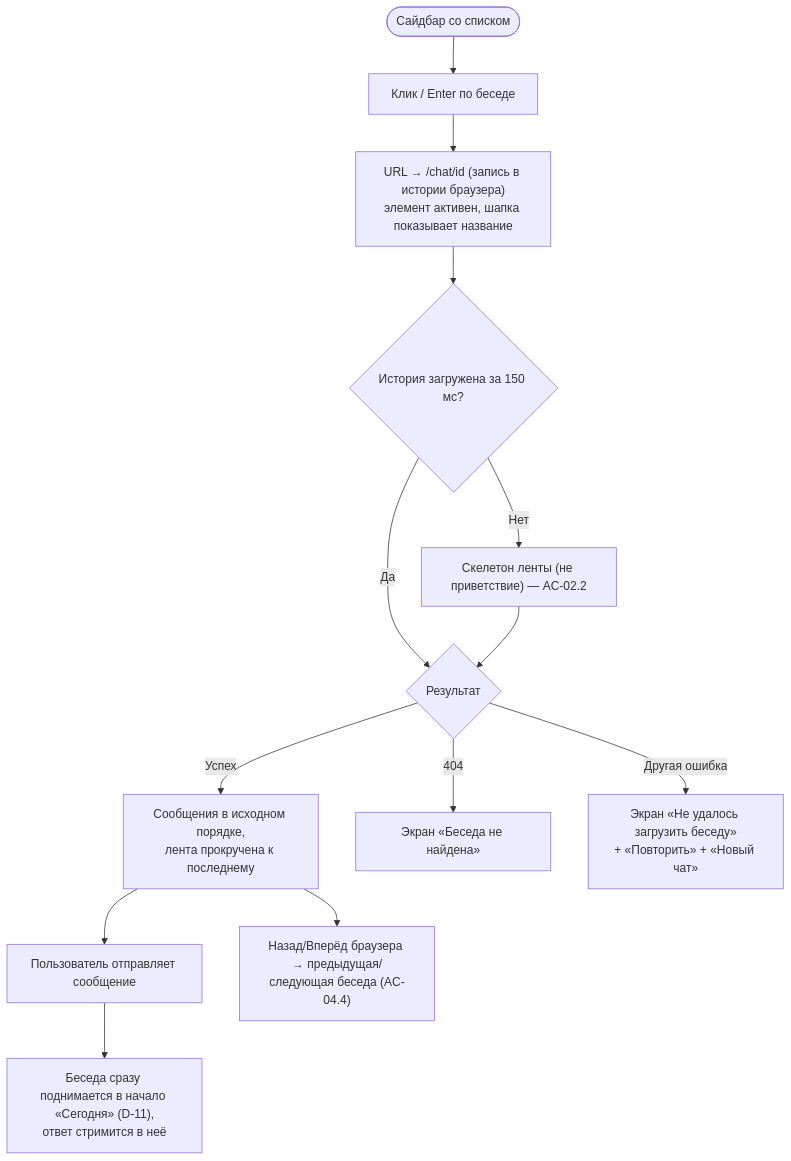
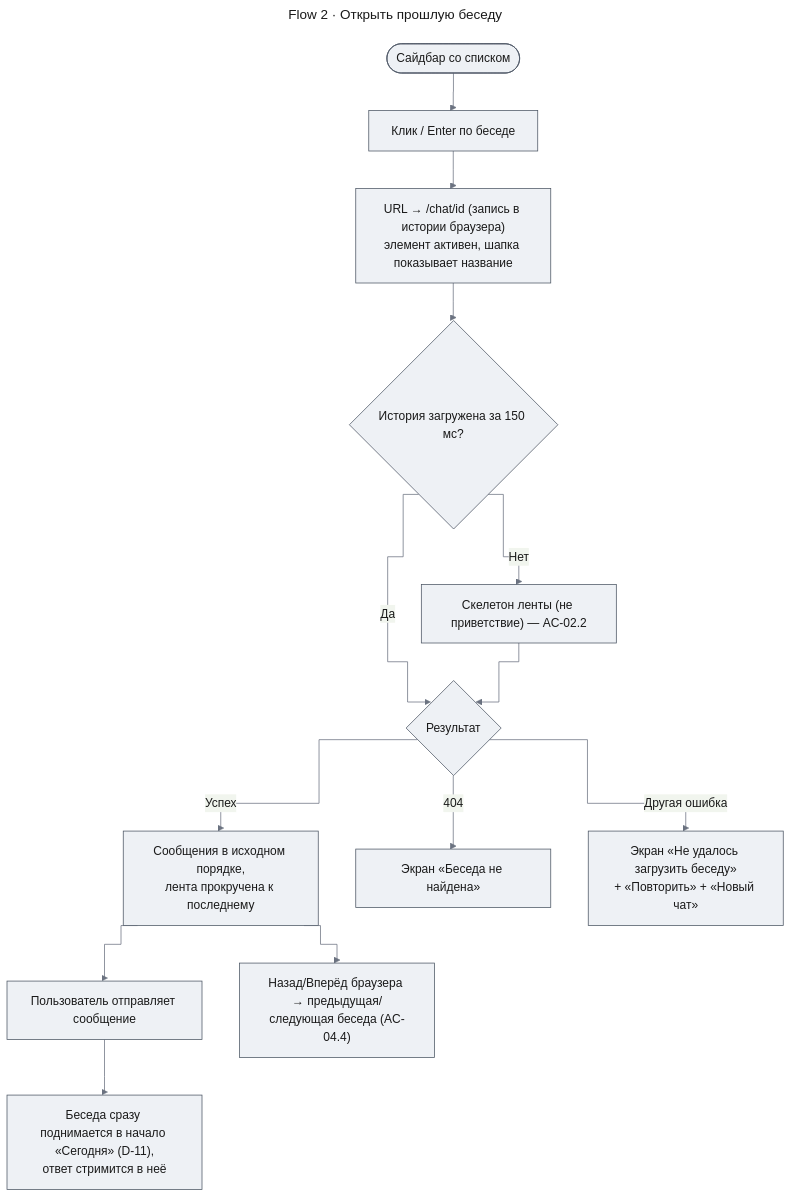
One commit to tundraray/agent-os changed the seventh of 14 diagrams in docs/features/chat-shell/uxrd.md. Above: the diagram before and after it, drawn with Mermaid. The commit also changed other lines of this file and 10 other files, not shown here.

````diff
--- a/docs/features/chat-shell/uxrd.md
+++ b/docs/features/chat-shell/uxrd.md
@@ -200,15 +639,28 @@
 ```mermaid
+---
+title: "Flow 2 · Открыть прошлую беседу"
+config:
+  theme: base
+  look: classic
+  themeVariables:
+    primaryColor: "#eef1f5"
+    primaryBorderColor: "#4b5563"
+    primaryTextColor: "#1a1a1a"
+    lineColor: "#6b7280"
+  flowchart:
+    curve: step
+---
 flowchart TD
     A([Сайдбар со списком]) --> B[Клик / Enter по беседе]
     B --> C["URL → /chat/id (запись в истории браузера)<br/>элемент активен, шапка показывает название"]
     C --> D{История загружена за 150 мс?}
     D -->|Да| F
     D -->|Нет| E["Скелетон ленты (не приветствие) — AC-02.2"]
     E --> F{Результат}
     F -->|Успех| G["Сообщения в исходном порядке,<br/>лента прокручена к последнему"]
     F -->|404| H[Экран «Беседа не найдена»]
     F -->|Другая ошибка| I["Экран «Не удалось загрузить беседу»<br/>+ «Повторить» + «Новый чат»"]
     G --> J[Пользователь отправляет сообщение]
     J --> K["Беседа сразу поднимается в начало «Сегодня» (D-11),<br/>ответ стримится в неё"]
     G --> L["Назад/Вперёд браузера → предыдущая/следующая беседа (AC-04.4)"]
 ```
````
